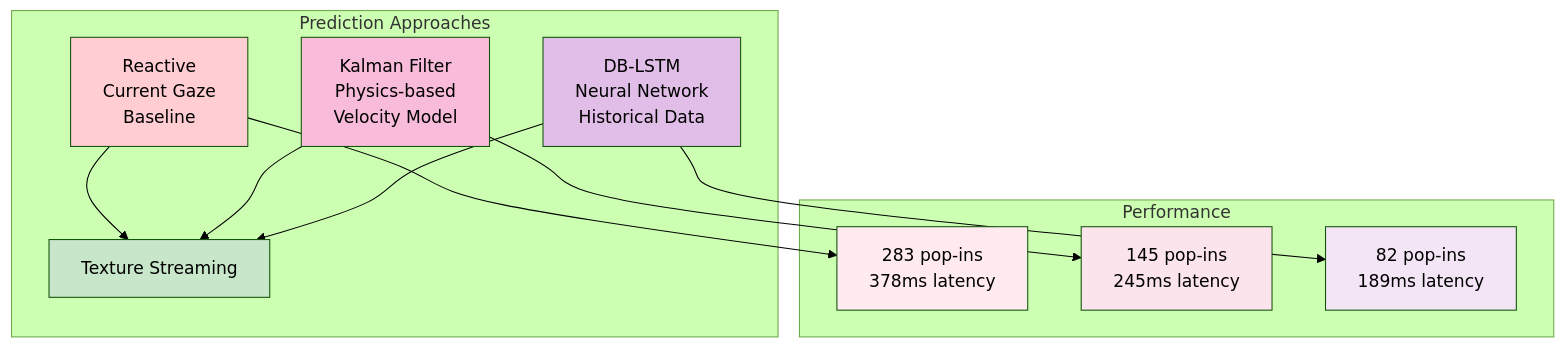
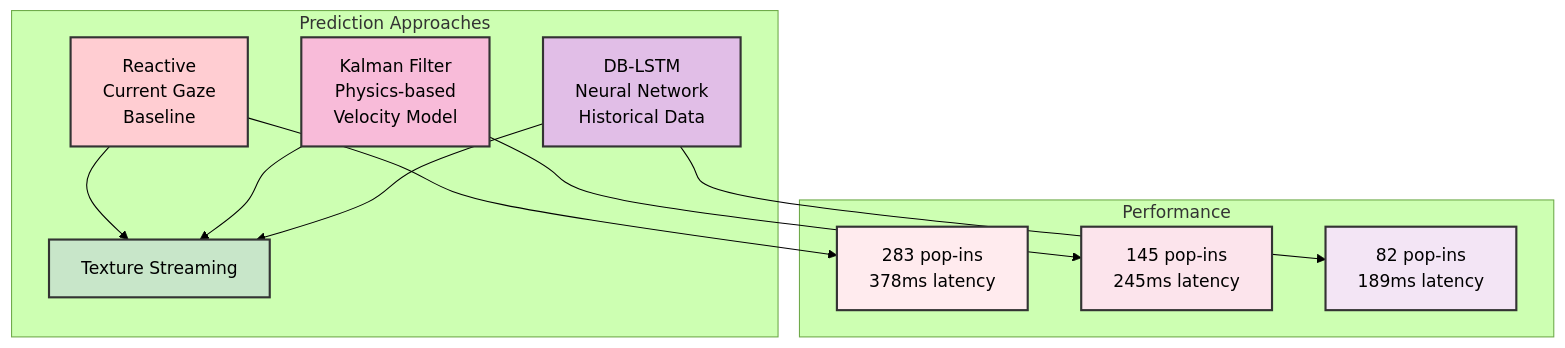
Before and after one commit to prithviir4j/gaze-texture-enhancement: the third of 3 diagrams in README.md, drawn with Mermaid (forest theme). The commit also changed other lines of this file, not shown here.

````diff
--- a/README.md
+++ b/README.md
@@ -123,26 +126,26 @@
 ```mermaid
 graph TB
     subgraph "Prediction Approaches"
         A[Reactive<br/>Current Gaze<br/>Baseline] --> D[Texture Streaming]
         B[Kalman Filter<br/>Physics-based<br/>Velocity Model] --> D
         C[DB-LSTM<br/>Neural Network<br/>Historical Data] --> D
     end
     
     subgraph "Performance"
         E[283 pop-ins<br/>378ms latency]
         F[145 pop-ins<br/>245ms latency]
         G[82 pop-ins<br/>189ms latency]
     end
     
     A --> E
     B --> F
     C --> G
     
-    style A fill:#ffcdd2
-    style B fill:#f8bbd9
-    style C fill:#e1bee7
-    style D fill:#c8e6c9
-    style E fill:#ffebee
-    style F fill:#fce4ec
-    style G fill:#f3e5f5
+    style A fill:#ffcdd2,stroke:#333,stroke-width:2px,color:#000
+    style B fill:#f8bbd9,stroke:#333,stroke-width:2px,color:#000
+    style C fill:#e1bee7,stroke:#333,stroke-width:2px,color:#000
+    style D fill:#c8e6c9,stroke:#333,stroke-width:2px,color:#000
+    style E fill:#ffebee,stroke:#333,stroke-width:2px,color:#000
+    style F fill:#fce4ec,stroke:#333,stroke-width:2px,color:#000
+    style G fill:#f3e5f5,stroke:#333,stroke-width:2px,color:#000
 ```
````
